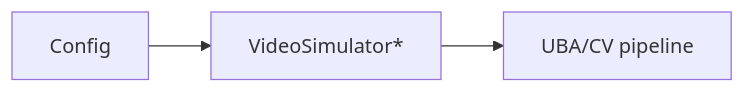
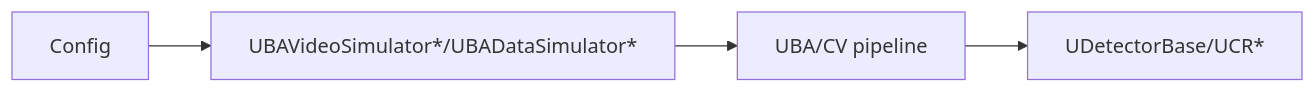
Before and after one commit to aicommunity/Rdk-CvBasicLib: the fifth of 5 diagrams in Docs/Components/VideoSimulators.md, drawn with Mermaid. The commit also changed other lines of this file and 14 other files, not shown here.

````diff
--- a/Docs/Components/VideoSimulators.md
+++ b/Docs/Components/VideoSimulators.md
@@ -24,5 +110,6 @@
 ```mermaid
-flowchart LR
-    cfg[Config] --> sim[VideoSimulator*]
-    sim --> pipeline[UBA/CV pipeline]
+graph LR
+    Cfg[Config] --> Sim[UBAVideoSimulator*/UBADataSimulator*]
+    Sim --> Pipeline[UBA/CV pipeline]
+    Pipeline --> Det[UDetectorBase/UCR*]
 ```
````
